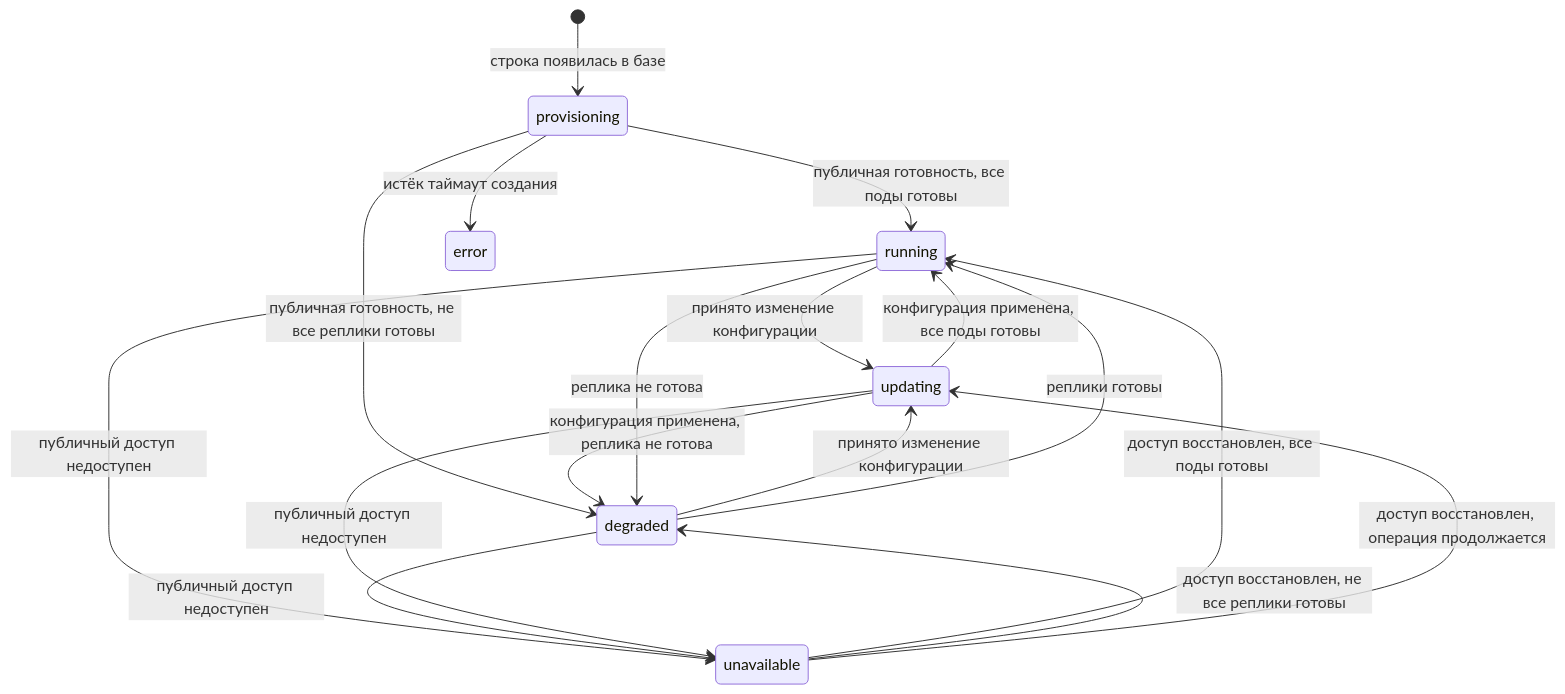
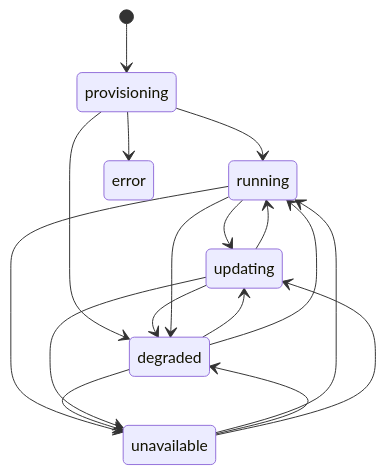
The second of 2 diagrams in SYSTEM.md (RostislavDugin/managed-valkey), drawn with Mermaid before and after one commit. The commit also changed other lines of this file and 2 other files, not shown here.

````diff
--- a/SYSTEM.md
+++ b/SYSTEM.md
@@ -268,19 +168,19 @@
 ```mermaid
 stateDiagram-v2
-    [*] --> provisioning: строка появилась в базе
-    provisioning --> running: публичная готовность, все поды готовы
-    provisioning --> degraded: публичная готовность, не все реплики готовы
-    provisioning --> error: истёк таймаут создания
-    running --> updating: принято изменение конфигурации
-    degraded --> updating: принято изменение конфигурации
-    updating --> running: конфигурация применена, все поды готовы
-    updating --> degraded: конфигурация применена, реплика не готова
-    running --> degraded: реплика не готова
-    degraded --> running: реплики готовы
-    running --> unavailable: публичный доступ недоступен
-    degraded --> unavailable: публичный доступ недоступен
-    updating --> unavailable: публичный доступ недоступен
-    unavailable --> running: доступ восстановлен, все поды готовы
-    unavailable --> degraded: доступ восстановлен, не все реплики готовы
-    unavailable --> updating: доступ восстановлен, операция продолжается
+    [*] --> provisioning
+    provisioning --> running
+    provisioning --> degraded
+    provisioning --> error
+    running --> updating
+    degraded --> updating
+    updating --> running
+    updating --> degraded
+    running --> degraded
+    degraded --> running
+    running --> unavailable
+    degraded --> unavailable
+    updating --> unavailable
+    unavailable --> running
+    unavailable --> degraded
+    unavailable --> updating
 ```
````
